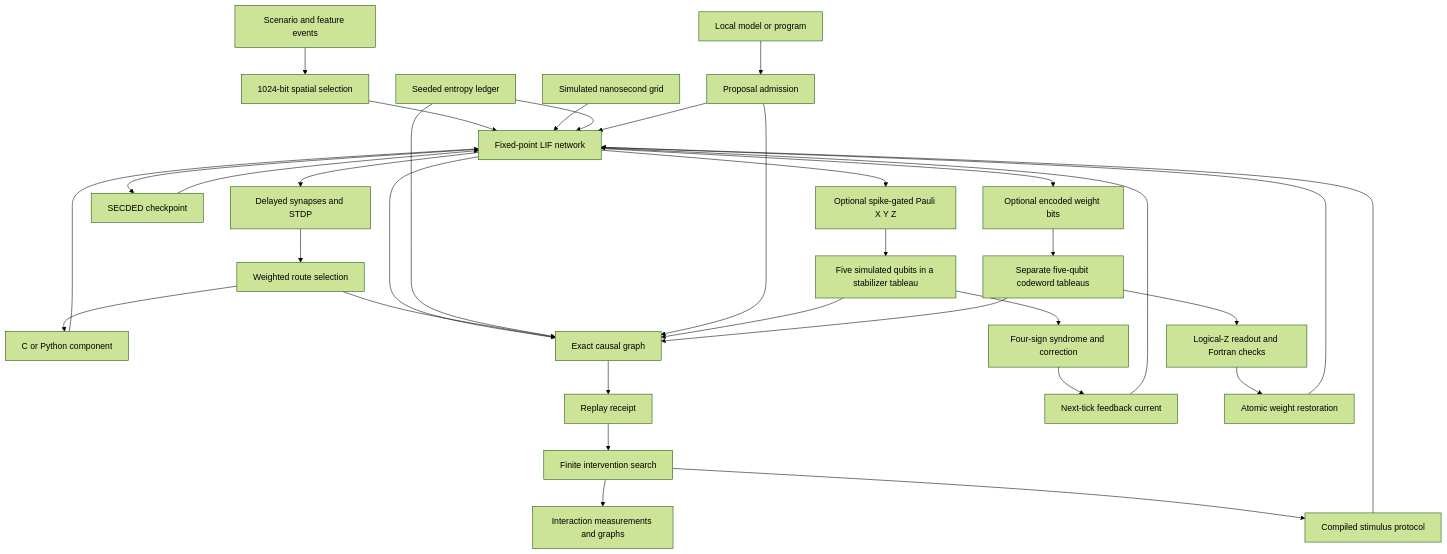
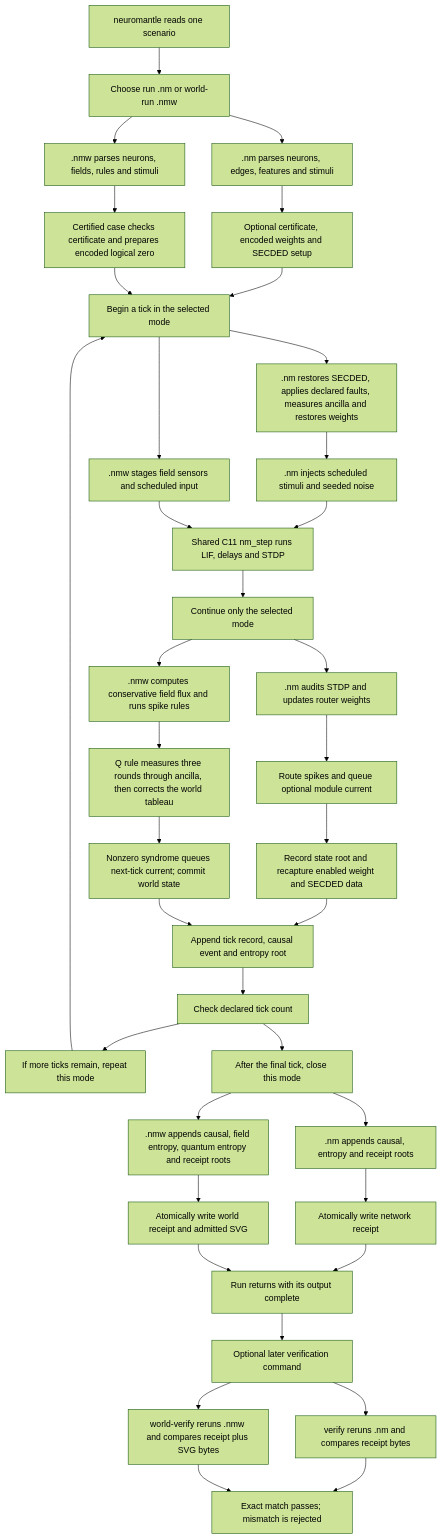
Before and after one commit to fireside25a-beep/Primitive-Quantum-Closed-Routine-SNN: the diagram in README.md, drawn with Mermaid (forest theme). The commit also changed other lines of this file and 67 other files, not shown here.

````diff
--- a/README.md
+++ b/README.md
@@ -13,36 +24,39 @@
 ```mermaid
 flowchart TD
-  A["Scenario and feature events"] --> B["1024-bit spatial selection"]
-  B --> C["Fixed-point LIF network"]
-  C --> D["Delayed synapses and STDP"]
-  D --> E["Weighted route selection"]
-  E --> J["C or Python component"]
-  J --> C
-  T["Simulated nanosecond grid"] --> C
-  C --> F["Exact causal graph"]
-  E --> F
-  F --> G["Replay receipt"]
-  H["Seeded entropy ledger"] --> C
-  H --> F
-  I["Local model or program"] --> K["Proposal admission"]
-  K --> C
-  K --> F
-  L["SECDED checkpoint"] --> C
-  C --> L
-  C --> P["Optional spike-gated Pauli X Y Z"]
-  P --> Q["Five simulated qubits in a stabilizer tableau"]
-  Q --> R["Four-sign syndrome and correction"]
-  R --> S["Next-tick feedback current"]
-  S --> C
-  C --> W["Optional encoded weight bits"]
-  W --> V["Separate five-qubit codeword tableaus"]
-  V --> X["Logical-Z readout and Fortran checks"]
-  X --> Y["Atomic weight restoration"]
-  Y --> C
-  Q --> F
-  V --> F
-  G --> M["Finite intervention search"]
-  M --> N["Interaction measurements and graphs"]
-  M --> O["Compiled stimulus protocol"]
-  O --> C
+  entry["neuromantle reads one scenario"] --> choose["Choose run .nm or world-run .nmw"]
+  choose --> net_init[".nm parses neurons, edges, features and stimuli"]
+  choose --> world_init[".nmw parses neurons, fields, rules and stimuli"]
+  net_init --> net_setup["Optional certificate, encoded weights and SECDED setup"]
+  world_init --> world_setup["Certified case checks certificate and prepares encoded logical zero"]
+  net_setup --> tick["Begin a tick in the selected mode"]
+  world_setup --> tick
+  tick --> net_before[".nm restores SECDED, applies declared faults, measures ancilla and restores weights"]
+  tick --> world_before[".nmw stages field sensors and scheduled input"]
+  net_before --> net_input[".nm injects scheduled stimuli and seeded noise"]
+  net_input --> core["Shared C11 nm_step runs LIF, delays and STDP"]
+  world_before --> core
+  core --> selected["Continue only the selected mode"]
+  selected --> net_audit[".nm audits STDP and updates router weights"]
+  net_audit --> net_route["Route spikes and queue optional module current"]
+  net_route --> net_capture["Record state root and recapture enabled weight and SECDED data"]
+  selected --> world_flux[".nmw computes conservative field flux and runs spike rules"]
+  world_flux --> world_code["Q rule measures three rounds through ancilla, then corrects the world tableau"]
+  world_code --> world_commit["Nonzero syndrome queues next-tick current; commit world state"]
+  net_capture --> tick_record["Append tick record, causal event and entropy root"]
+  world_commit --> tick_record
+  tick_record --> remaining["Check declared tick count"]
+  remaining --> repeat["If more ticks remain, repeat this mode"]
+  repeat --> tick
+  remaining --> finish["After the final tick, close this mode"]
+  finish --> net_final[".nm appends causal, entropy and receipt roots"]
+  finish --> world_final[".nmw appends causal, field entropy, quantum entropy and receipt roots"]
+  net_final --> net_write["Atomically write network receipt"]
+  world_final --> world_write["Atomically write world receipt and admitted SVG"]
+  net_write --> complete["Run returns with its output complete"]
+  world_write --> complete
+  complete --> optional_verify["Optional later verification command"]
+  optional_verify --> net_verify["verify reruns .nm and compares receipt bytes"]
+  optional_verify --> world_verify["world-verify reruns .nmw and compares receipt plus SVG bytes"]
+  net_verify --> verdict["Exact match passes; mismatch is rejected"]
+  world_verify --> verdict
 ```
````
